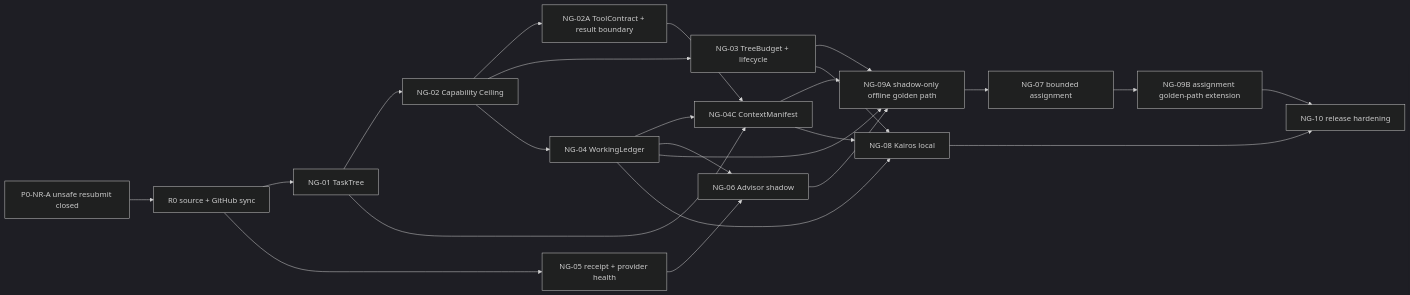
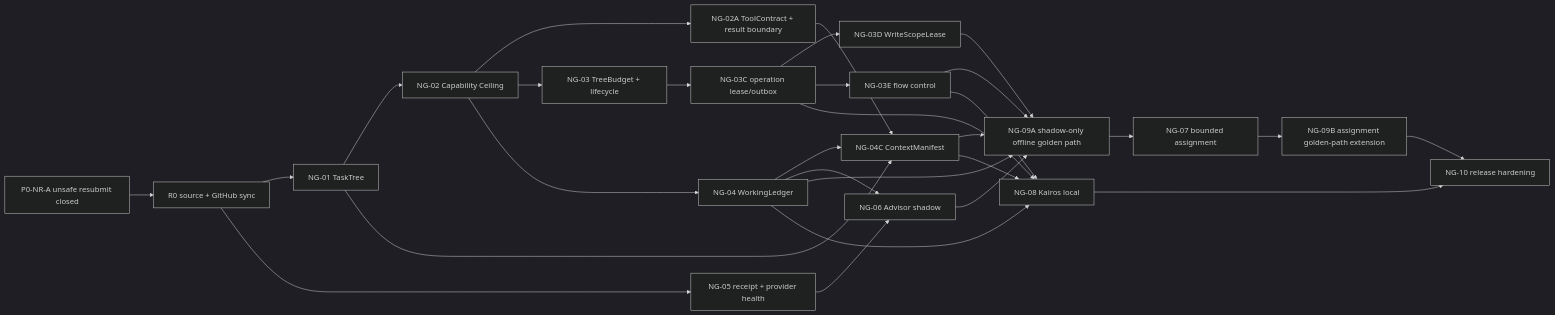
The diagram in docs/LUMEN-NEXTGEN-EXECUTION-BOOK-2026-08-01.md (exergyleizhou-ux/lumen), drawn with Mermaid (dark theme) before and after one commit. The commit also changed other lines of this file, not shown here.

```diff
--- a/docs/LUMEN-NEXTGEN-EXECUTION-BOOK-2026-08-01.md
+++ b/docs/LUMEN-NEXTGEN-EXECUTION-BOOK-2026-08-01.md
@@ -525,26 +578,31 @@
 ~~~mermaid
 flowchart LR
   P0["P0-NR-A unsafe resubmit closed"] --> R0["R0 source + GitHub sync"]
   R0 --> T1["NG-01 TaskTree"]
   T1 --> C2["NG-02 Capability Ceiling"]
   C2 --> TC["NG-02A ToolContract + result boundary"]
   T1 --> X4C["NG-04C ContextManifest"]
   C2 --> B3["NG-03 TreeBudget + lifecycle"]
+  B3 --> O3C["NG-03C operation lease/outbox"]
+  O3C --> W3D["NG-03D WriteScopeLease"]
+  O3C --> F3E["NG-03E flow control"]
   C2 --> L4["NG-04 WorkingLedger"]
   L4 --> X4C
   TC --> X4C
   R0 --> F5["NG-05 receipt + provider health"]
   F5 --> A6["NG-06 Advisor shadow"]
   L4 --> A6
-  B3 --> G9A["NG-09A shadow-only offline golden path"]
+  W3D --> G9A["NG-09A shadow-only offline golden path"]
+  F3E --> G9A
   L4 --> G9A
   X4C --> G9A
   A6 --> G9A
   G9A --> A7["NG-07 bounded assignment"]
   A7 --> G9B["NG-09B assignment golden-path extension"]
-  B3 --> K8["NG-08 Kairos local"]
+  O3C --> K8["NG-08 Kairos local"]
+  F3E --> K8
   L4 --> K8
   X4C --> K8
   G9B --> G10["NG-10 release hardening"]
   K8 --> G10
 ~~~
```
